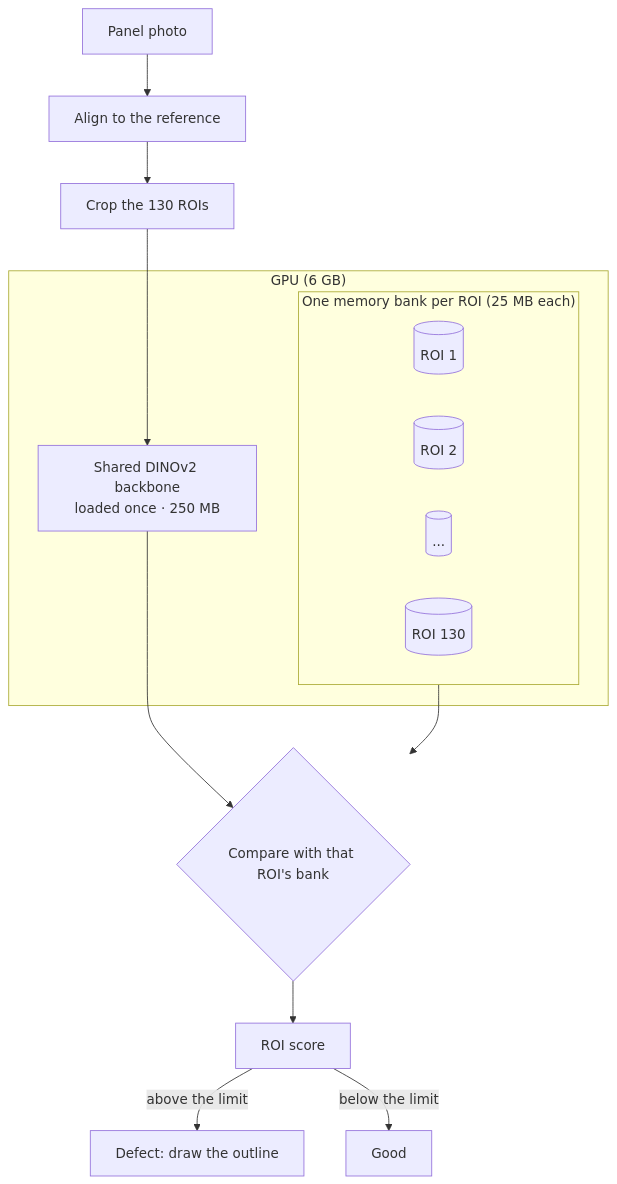
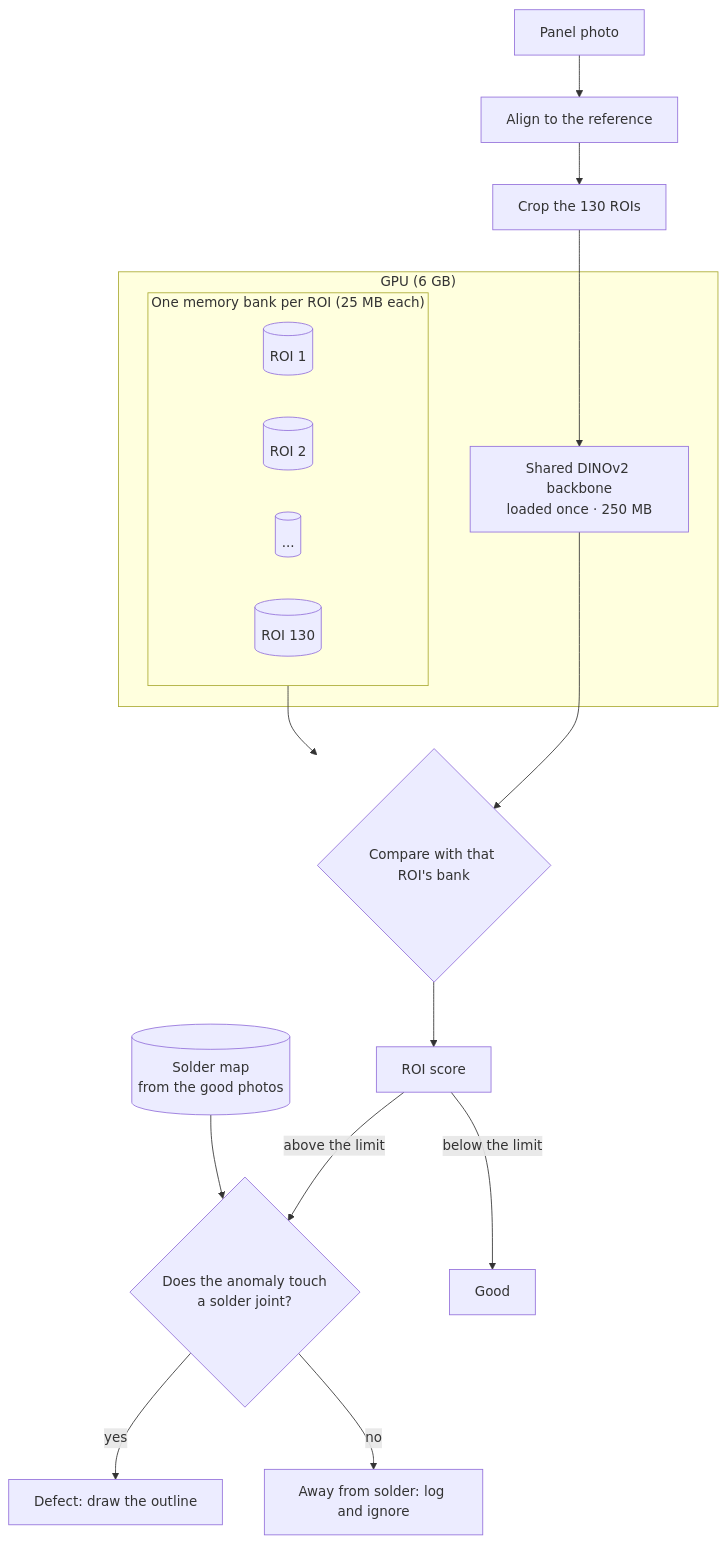
The second of 2 diagrams in README_en.md (andreifagds/pcb-solder-anomaly-detection), drawn with Mermaid before and after one commit. The commit also changed other lines of this file and 10 other files, not shown here.

````diff
--- a/README_en.md
+++ b/README_en.md
@@ -296,19 +311,22 @@
 ```mermaid
 flowchart TB
     subgraph GPU["GPU (6 GB)"]
         BB["Shared DINOv2 backbone<br/>loaded once · 250 MB"]
         subgraph Banks["One memory bank per ROI (25 MB each)"]
             M1[(ROI 1)]
             M2[(ROI 2)]
             M3[(...)]
             M4[(ROI 130)]
         end
     end
     P[Panel photo] --> AL[Align to the reference] --> CR[Crop the 130 ROIs]
     CR --> BB
     BB --> KNN{Compare with that ROI's bank}
     Banks --> KNN
     KNN --> S[ROI score]
-    S -->|above the limit| NOK[Defect: draw the outline]
+    S -->|above the limit| SM{Does the anomaly touch<br/>a solder joint?}
+    MAP[(Solder map<br/>from the good photos)] --> SM
+    SM -->|yes| NOK[Defect: draw the outline]
+    SM -->|no| IGN[Away from solder: log and ignore]
     S -->|below the limit| OK[Good]
 ```
````
